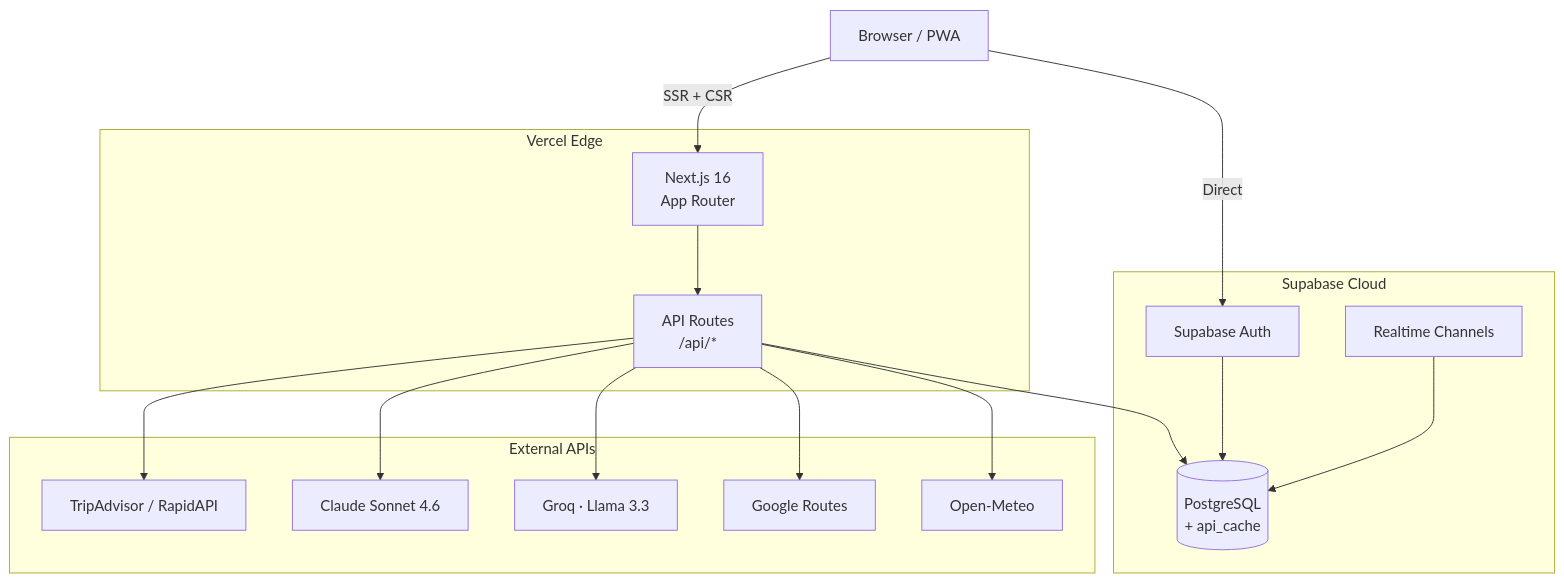
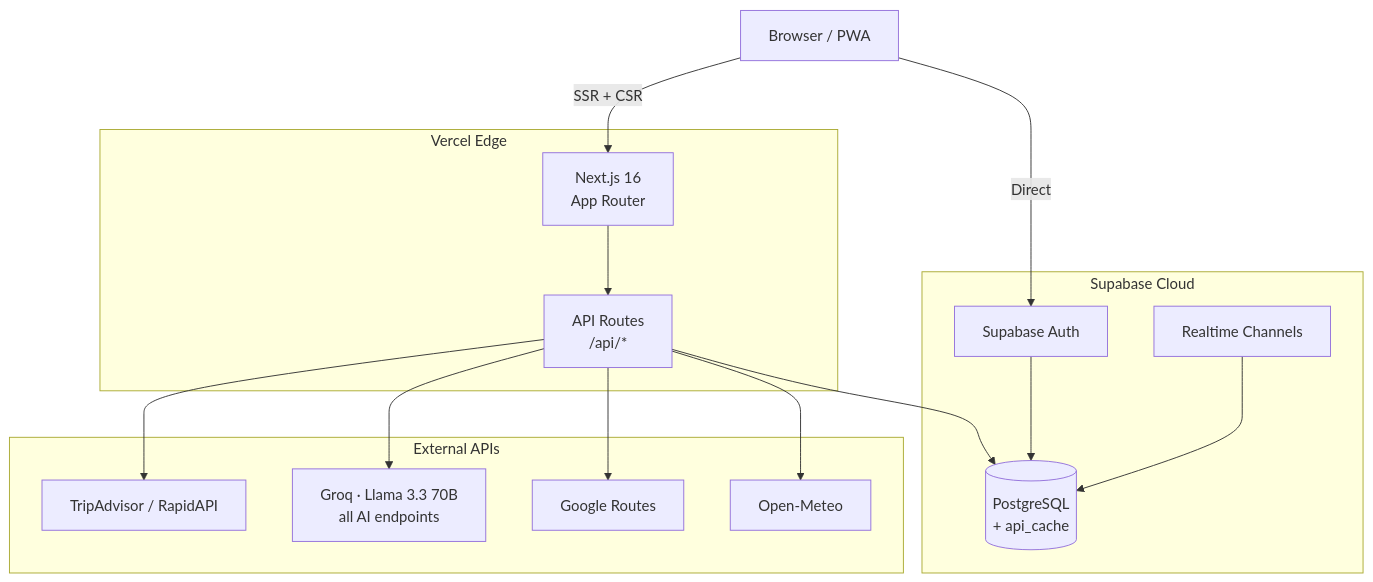
Before and after one commit to robertalc1/TravelTwin: the second of 7 diagrams in docs/architecture.md, drawn with Mermaid. The commit also changed other lines of this file and 10 other files, not shown here.

First line of the commit message:
feat(ai): migrate all AI endpoints from Anthropic Claude to Groq Llama 3.3 70B

````diff
--- a/docs/architecture.md
+++ b/docs/architecture.md
@@ -42,35 +40,33 @@
 ```mermaid
 graph TB
     Browser[Browser / PWA]
 
     subgraph Vercel["Vercel Edge"]
         Next[Next.js 16<br/>App Router]
         APIRoutes[API Routes<br/>/api/*]
     end
 
     subgraph SupabaseCloud["Supabase Cloud"]
         Auth[Supabase Auth]
         DB[(PostgreSQL<br/>+ api_cache)]
         Realtime[Realtime Channels]
     end
 
     subgraph ExternalAPIs["External APIs"]
         TripAdvisorAPI[TripAdvisor / RapidAPI]
-        ClaudeAPI[Claude Sonnet 4.6]
-        GroqAPI[Groq · Llama 3.3]
+        GroqAPI[Groq · Llama 3.3 70B<br/>all AI endpoints]
         GoogleRoutesAPI[Google Routes]
         OpenMeteoAPI[Open-Meteo]
     end
 
     Browser -->|SSR + CSR| Next
     Browser -->|Direct| Auth
     Next --> APIRoutes
     APIRoutes --> TripAdvisorAPI
-    APIRoutes --> ClaudeAPI
     APIRoutes --> GroqAPI
     APIRoutes --> GoogleRoutesAPI
     APIRoutes --> OpenMeteoAPI
     APIRoutes --> DB
     Auth --> DB
     Realtime --> DB
 ```
````
